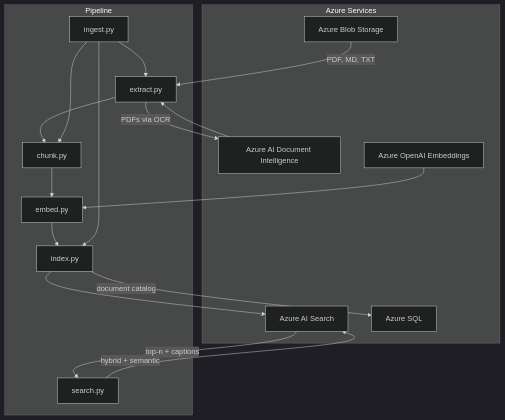
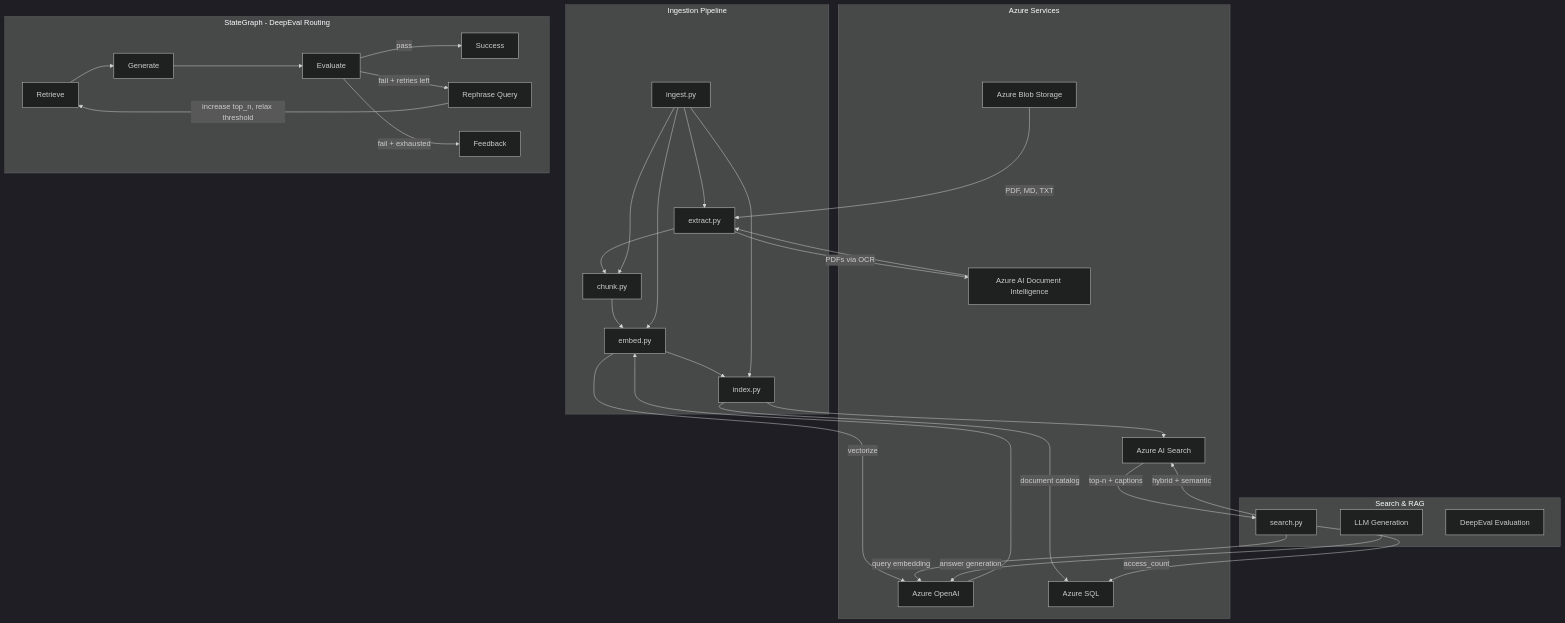
The diagram in docs/README.md (aminekhasteh/azure-hybrid-rag-pipeline), drawn with Mermaid (dark theme) before and after one commit. The commit also changed other lines of this file and 21 other files, not shown here.

First line of the commit message:
Update data files, docs, and source code for hybrid RAG pipeline

````diff
--- a/docs/README.md
+++ b/docs/README.md
@@ -5,35 +27,62 @@
 ```mermaid
 flowchart TB
     subgraph Azure [Azure Services]
         Blob[Azure Blob Storage]
         DocIntel[Azure AI Document Intelligence]
-        OpenAI[Azure OpenAI Embeddings]
+        OpenAI[Azure OpenAI]
         Search[Azure AI Search]
         AzureSQL[Azure SQL]
     end
 
-    subgraph Pipeline [Pipeline]
+    subgraph Pipeline [Ingestion Pipeline]
         Extract[extract.py]
         Chunk[chunk.py]
         Embed[embed.py]
         Index[index.py]
         Ingest[ingest.py]
+    end
+
+    subgraph RAG [Search & RAG]
         SearchModule[search.py]
+        Generate[LLM Generation]
+        Evaluate[DeepEval Evaluation]
+    end
+
+    subgraph Graph [StateGraph - DeepEval Routing]
+        direction LR
+        Retrieve[Retrieve]
+        GenNode[Generate]
+        EvalNode[Evaluate]
+        Rephrase[Rephrase Query]
+        Success[Success]
+        Feedback[Feedback]
+
+        Retrieve --> GenNode
+        GenNode --> EvalNode
+        EvalNode -- pass --> Success
+        EvalNode -- fail + retries left --> Rephrase
+        EvalNode -- fail + exhausted --> Feedback
+        Rephrase -- increase top_n, relax threshold --> Retrieve
     end
 
     Blob -->|"PDF, MD, TXT"| Extract
     Extract -->|"PDFs via OCR"| DocIntel
     DocIntel --> Extract
     Extract --> Chunk
     Chunk --> Embed
+    Embed -->|"vectorize"| OpenAI
     OpenAI --> Embed
     Embed --> Index
     Index --> Search
     Index -->|"document catalog"| AzureSQL
     Ingest --> Extract
     Ingest --> Chunk
+    Ingest --> Embed
     Ingest --> Index
 
     SearchModule -->|"hybrid + semantic"| Search
     Search -->|"top-n + captions"| SearchModule
+    SearchModule -->|"query embedding"| OpenAI
+    SearchModule -->|"access_count"| AzureSQL
+    Generate -->|"answer generation"| OpenAI
 ```
````
